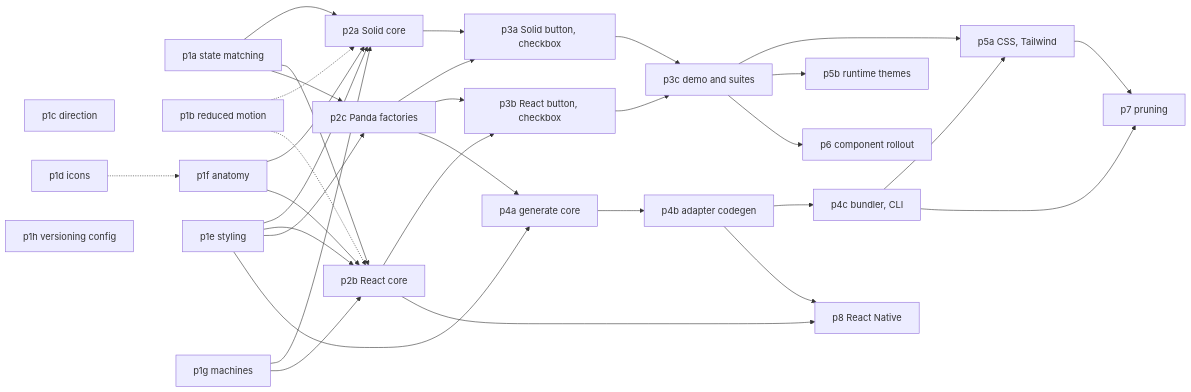
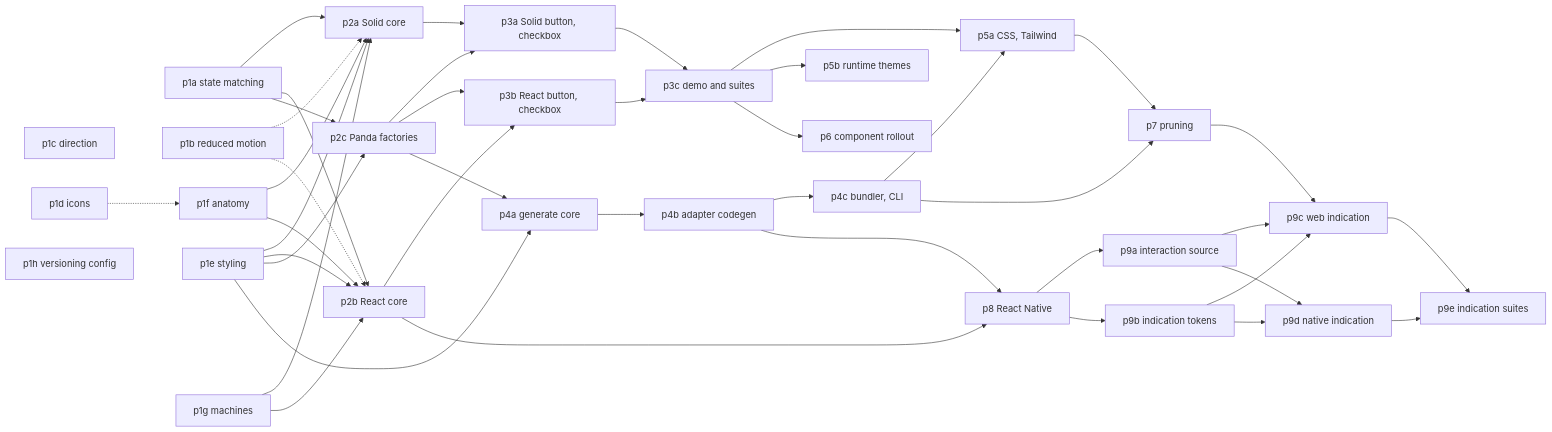
Before and after one commit to pureform-design/pureform: the diagram in docs/roadmap/README.md, drawn with Mermaid. The commit also changed other lines of this file and 5 other files, not shown here.

Commit message:
docs(roadmap): plan phase 9, indication

````diff
--- a/docs/roadmap/README.md
+++ b/docs/roadmap/README.md
@@ -42,25 +42,30 @@
 ```mermaid
 flowchart LR
     p1a[p1a state matching] --> p2a & p2b & p2c
     p1b[p1b reduced motion] -.-> p2a & p2b
     p1c[p1c direction]
     p1d[p1d icons] -.-> p1f
     p1e[p1e styling] --> p2a & p2b & p2c & p4a
     p1f[p1f anatomy] --> p2a & p2b
     p1g[p1g machines] --> p2a & p2b
     p1h[p1h versioning config]
     p2a[p2a Solid core] --> p3a
     p2b[p2b React core] --> p3b & p8
     p2c[p2c Panda factories] --> p3a & p3b & p4a
     p3a[p3a Solid button, checkbox] --> p3c
     p3b[p3b React button, checkbox] --> p3c
     p3c[p3c demo and suites] --> p5a & p5b & p6
     p4a[p4a generate core] --> p4b
     p4b[p4b adapter codegen] --> p4c & p8
     p4c[p4c bundler, CLI] --> p5a & p7
     p5a[p5a CSS, Tailwind] --> p7
     p5b[p5b runtime themes]
     p6[p6 component rollout]
-    p7[p7 pruning]
-    p8[p8 React Native]
+    p7[p7 pruning] --> p9c
+    p8[p8 React Native] --> p9a & p9b
+    p9a[p9a interaction source] --> p9c & p9d
+    p9b[p9b indication tokens] --> p9c & p9d
+    p9c[p9c web indication] --> p9e
+    p9d[p9d native indication] --> p9e
+    p9e[p9e indication suites]
 ```
````
